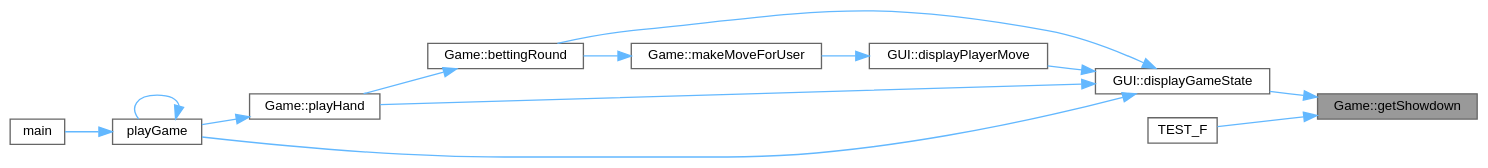
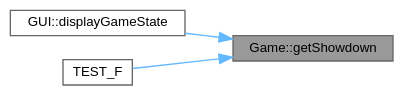
The diagram in class_game_ae10d3e9f219b74699aa150537440c041_icgraph.dot (jesstyrrell/cosc345), drawn with Graphviz before and after one commit. The commit also changed 159 other files, not shown here.

```diff
--- a/class_game_ae10d3e9f219b74699aa150537440c041_icgraph.dot
+++ b/class_game_ae10d3e9f219b74699aa150537440c041_icgraph.dot
@@ -1,30 +1,14 @@
 digraph "Game::getShowdown"
 {
  // INTERACTIVE_SVG=YES
  // LATEX_PDF_SIZE
   bgcolor="transparent";
   edge [fontname=Helvetica,fontsize=10,labelfontname=Helvetica,labelfontsize=10];
   node [fontname=Helvetica,fontsize=10,shape=box,height=0.2,width=0.4];
   rankdir="RL";
   Node1 [id="Node000001",label="Game::getShowdown",height=0.2,width=0.4,color="gray40", fillcolor="grey60", style="filled", fontcolor="black",tooltip="Checks if the game is at showdown."];
   Node1 -> Node2 [id="edge1_Node000001_Node000002",dir="back",color="steelblue1",style="solid",tooltip=" "];
-  Node2 [id="Node000002",label="GUI::displayGameState",height=0.2,width=0.4,color="grey40", fillcolor="white", style="filled",URL="$class_g_u_i.html#a8f55dae107a6648458f6eb16608c66d2",tooltip="Displays the current state of the game."];
-  Node2 -> Node3 [id="edge2_Node000002_Node000003",dir="back",color="steelblue1",style="solid",tooltip=" "];
-  Node3 [id="Node000003",label="Game::bettingRound",height=0.2,width=0.4,color="grey40", fillcolor="white", style="filled",URL="$class_game.html#a0de5cbe2125b0929a0bc8d2e6cdd64d5",tooltip="Conducts a betting round."];
-  Node3 -> Node4 [id="edge3_Node000003_Node000004",dir="back",color="steelblue1",style="solid",tooltip=" "];
-  Node4 [id="Node000004",label="Game::playHand",height=0.2,width=0.4,color="grey40", fillcolor="white", style="filled",URL="$class_game.html#a800a564b56220d19d800fba07903070e",tooltip="Plays a single hand of poker."];
-  Node4 -> Node5 [id="edge4_Node000004_Node000005",dir="back",color="steelblue1",style="solid",tooltip=" "];
-  Node5 [id="Node000005",label="playGame",height=0.2,width=0.4,color="grey40", fillcolor="white", style="filled",URL="$main_8cpp.html#a4cbfdb17bf51e00546880626f7e80429",tooltip=" "];
-  Node5 -> Node6 [id="edge5_Node000005_Node000006",dir="back",color="steelblue1",style="solid",tooltip=" "];
-  Node6 [id="Node000006",label="main",height=0.2,width=0.4,color="grey40", fillcolor="white", style="filled",URL="$main_8cpp.html#a0ddf1224851353fc92bfbff6f499fa97",tooltip=" "];
-  Node5 -> Node5 [id="edge6_Node000005_Node000005",dir="back",color="steelblue1",style="solid",tooltip=" "];
-  Node2 -> Node7 [id="edge7_Node000002_Node000007",dir="back",color="steelblue1",style="solid",tooltip=" "];
-  Node7 [id="Node000007",label="GUI::displayPlayerMove",height=0.2,width=0.4,color="grey40", fillcolor="white", style="filled",URL="$class_g_u_i.html#a65d07a686330670f5567a3fc11fbace1",tooltip="Displays a player's move."];
-  Node7 -> Node8 [id="edge8_Node000007_Node000008",dir="back",color="steelblue1",style="solid",tooltip=" "];
-  Node8 [id="Node000008",label="Game::makeMoveForUser",height=0.2,width=0.4,color="grey40", fillcolor="white", style="filled",URL="$class_game.html#a1a44850a64799e17f43f22b560275157",tooltip="Processes a move made by the user."];
-  Node8 -> Node3 [id="edge9_Node000008_Node000003",dir="back",color="steelblue1",style="solid",tooltip=" "];
-  Node2 -> Node5 [id="edge10_Node000002_Node000005",dir="back",color="steelblue1",style="solid",tooltip=" "];
-  Node2 -> Node4 [id="edge11_Node000002_Node000004",dir="back",color="steelblue1",style="solid",tooltip=" "];
-  Node1 -> Node9 [id="edge12_Node000001_Node000009",dir="back",color="steelblue1",style="solid",tooltip=" "];
-  Node9 [id="Node000009",label="TEST_F",height=0.2,width=0.4,color="grey40", fillcolor="white", style="filled",URL="$test___game_8cc.html#af98ff956c6859d002de14229490570d6",tooltip=" "];
+  Node2 [id="Node000002",label="GUI::displayGameState",height=0.2,width=0.4,color="grey40", fillcolor="white", style="filled",URL="$class_g_u_i.html#aceab7aad7982ca405d39986bf9ffb57b",tooltip="Displays the current state of the game."];
+  Node1 -> Node3 [id="edge2_Node000001_Node000003",dir="back",color="steelblue1",style="solid",tooltip=" "];
+  Node3 [id="Node000003",label="TEST_F",height=0.2,width=0.4,color="grey40", fillcolor="white", style="filled",URL="$test___game_8cc.html#af98ff956c6859d002de14229490570d6",tooltip=" "];
 }
```
